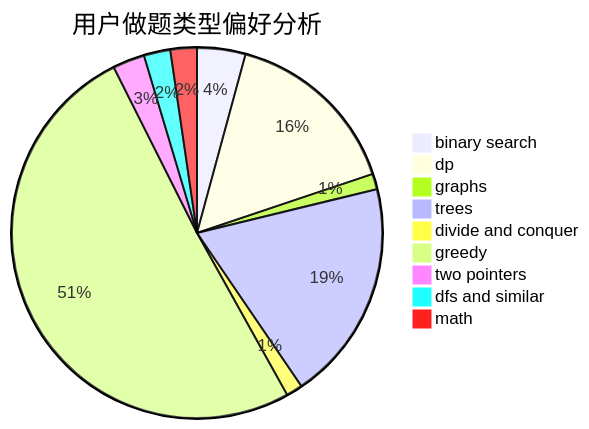
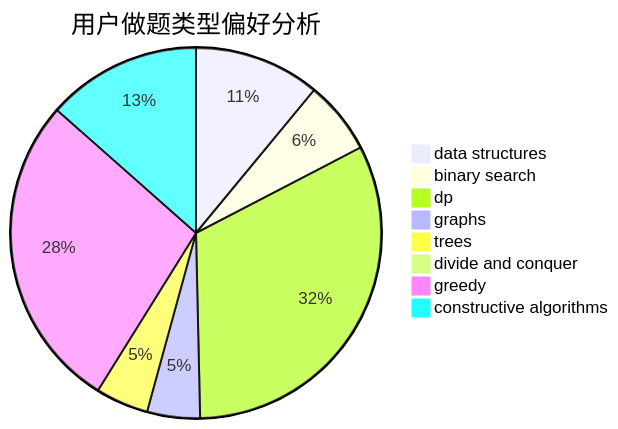
Before and after one commit to sherpahu/cfrs.github.io: the second of 3 diagrams in docs/user/u704.md, drawn with Mermaid. The commit also changed other lines of this file and 2775 other files, not shown here.

````diff
--- a/docs/user/u704.md
+++ b/docs/user/u704.md
@@ -23,12 +23,11 @@
 ```mermaid
 pie title 用户做题类型偏好分析
-    "binary search" :  53
-    "dp" :  196
-    "graphs" :  17
-    "trees" :  242
-    "divide and conquer" :  18
-    "greedy" :  636
-    "two pointers" :  35
-    "dfs and similar" :  29
-    "math" :  29
+    "data structures" :  31
+    "binary search" :  18
+    "dp" :  91
+    "graphs" :  13
+    "trees" :  13
+    "divide and conquer" :  0
+    "greedy" :  78
+    "constructive algorithms" :  38
 ```
````
